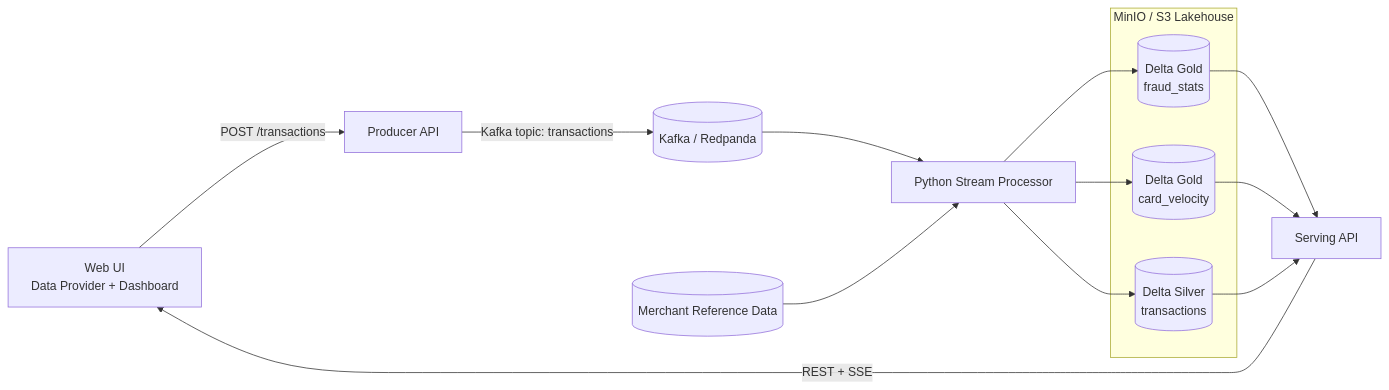
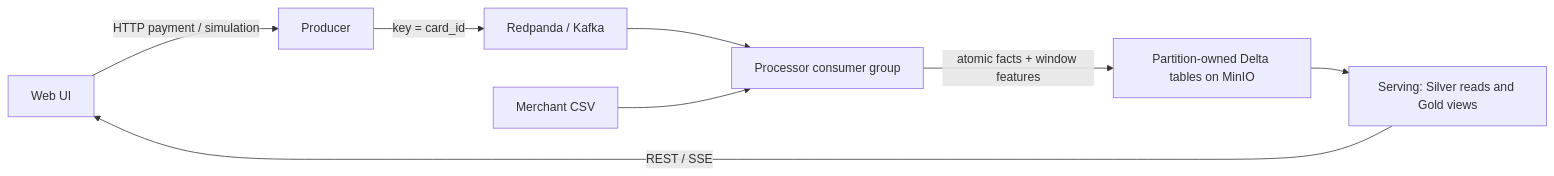
The diagram in README.md (AnDOnE12345/fraud-detection-pipeline), drawn with Mermaid before and after one commit. The commit also changed other lines of this file and 21 other files, not shown here.

````diff
--- a/README.md
+++ b/README.md
@@ -66,19 +44,10 @@
 ```mermaid
 flowchart LR
-    UI[Web UI\nData Provider + Dashboard] -->|POST /transactions| PROD[Producer API]
-    PROD -->|Kafka topic: transactions| KAFKA[(Kafka / Redpanda)]
-    KAFKA --> PROC[Python Stream Processor]
-    REF[(Merchant Reference Data)] --> PROC
-    subgraph MINIO[MinIO / S3 Lakehouse]
-        SILVER[(Delta Silver\ntransactions)]
-        GOLD1[(Delta Gold\nfraud_stats)]
-        GOLD2[(Delta Gold\ncard_velocity)]
-    end
-    PROC --> SILVER
-    PROC --> GOLD1
-    PROC --> GOLD2
-    GOLD1 --> SERVE[Serving API]
-    GOLD2 --> SERVE
-    SILVER --> SERVE
-    SERVE -->|REST + SSE| UI
+    UI[Web UI] -->|HTTP payment / simulation| PROD[Producer]
+    PROD -->|key = card_id| KAFKA[Redpanda / Kafka]
+    KAFKA --> PROC[Processor consumer group]
+    CSV[Merchant CSV] --> PROC
+    PROC -->|atomic facts + window features| DELTA[Partition-owned Delta tables on MinIO]
+    DELTA --> SERVE[Serving: Silver reads and Gold views]
+    SERVE -->|REST / SSE| UI
 ```
````
